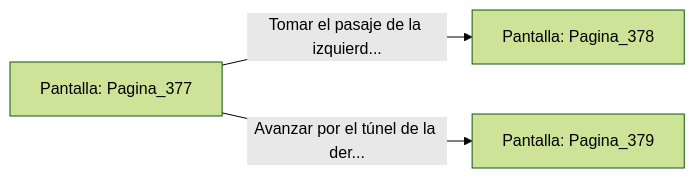
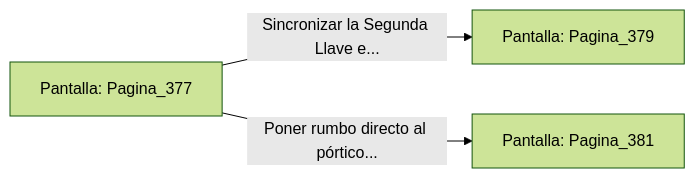
Before and after one commit to metsuke/mpl: the diagram in sample/eligejuego-vault/Pantalla_Pagina_377.md, drawn with Mermaid (forest theme). The commit also changed other lines of this file and 635 other files, not shown here.

First line of the commit message:
fix: añadir Pagina_1 como pantalla inicial en capitulo_01.mpl

````diff
--- a/sample/eligejuego-vault/Pantalla_Pagina_377.md
+++ b/sample/eligejuego-vault/Pantalla_Pagina_377.md
@@ -20,6 +24,6 @@
 ```mermaid
 graph LR
     P_Pagina_377["Pantalla: Pagina_377"]
-    P_Pagina_377 -->|"Tomar el pasaje de la izquierd..."| P_Pagina_378["Pantalla: Pagina_378"]
-    P_Pagina_377 -->|"Avanzar por el túnel de la der..."| P_Pagina_379["Pantalla: Pagina_379"]
+    P_Pagina_377 -->|"Sincronizar la Segunda Llave e..."| P_Pagina_379["Pantalla: Pagina_379"]
+    P_Pagina_377 -->|"Poner rumbo directo al pórtico..."| P_Pagina_381["Pantalla: Pagina_381"]
 ```
````
